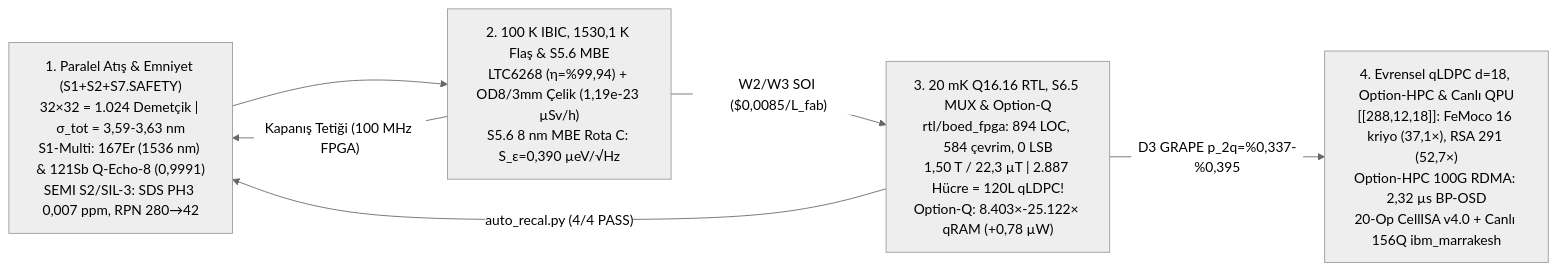
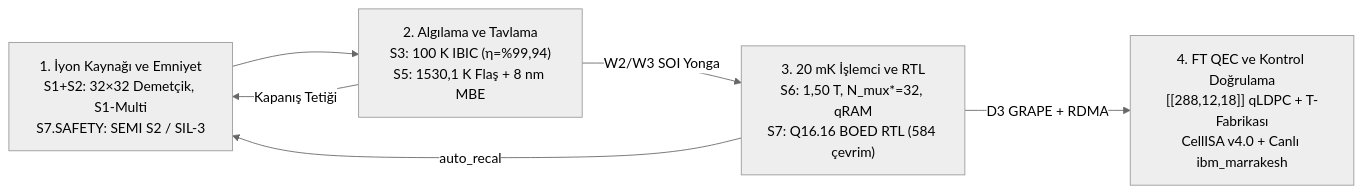
Before and after one commit to berkmec/Atom-Lithography: the diagram in README.md, drawn with Mermaid (neutral theme). The commit also changed other lines of this file, not shown here.

````diff
--- a/README.md
+++ b/README.md
@@ -49,8 +56,8 @@
 ```mermaid
 flowchart LR
-    A["1. Paralel Atış & Emniyet (S1+S2+S7.SAFETY)<br/>32×32 = 1.024 Demetçik | σ_tot = 3,59-3,63 nm<br/>S1-Multi: 167Er (1536 nm) & 121Sb Q-Echo-8 (0,9991)<br/>SEMI S2/SIL-3: SDS PH3 0,007 ppm, RPN 280→42"] --> B["2. 100 K IBIC, 1530,1 K Flaş & S5.6 MBE<br/>LTC6268 (η=%99,94) + OD8/3mm Çelik (1,19e-23 µSv/h)<br/>S5.6 8 nm MBE Rota C: S_ε=0,390 µeV/√Hz"]
-    B -->|"Kapanış Tetiği (100 MHz FPGA)"| A
-    B -->|"W2/W3 SOI ($0,0085/L_fab)"| C["3. 20 mK Q16.16 RTL, S6.5 MUX & Option-Q<br/>rtl/boed_fpga: 894 LOC, 584 çevrim, 0 LSB<br/>1,50 T / 22,3 µT | 2.887 Hücre = 120L qLDPC!<br/>Option-Q: 8.403×-25.122× qRAM (+0,78 µW)"]
-    C -->|"D3 GRAPE p_2q=%0,337-%0,395"| D["4. Evrensel qLDPC d=18, Option-HPC & Canlı QPU<br/>[[288,12,18]]: FeMoco 16 kriyo (37,1×), RSA 291 (52,7×)<br/>Option-HPC 100G RDMA: 2,32 µs BP-OSD<br/>20-Op CellISA v4.0 + Canlı 156Q ibm_marrakesh"]
-    C -->|"auto_recal.py (4/4 PASS)"| A
+    A["1. İyon Kaynağı ve Emniyet<br/>S1+S2: 32×32 Demetçik, S1-Multi<br/>S7.SAFETY: SEMI S2 / SIL-3"] --> B["2. Algılama ve Tavlama<br/>S3: 100 K IBIC (η=%99,94)<br/>S5: 1530,1 K Flaş + 8 nm MBE"]
+    B -->|"Kapanış Tetiği"| A
+    B -->|"W2/W3 SOI Yonga"| C["3. 20 mK İşlemci ve RTL<br/>S6: 1,50 T, N_mux*=32, qRAM<br/>S7: Q16.16 BOED RTL (584 çevrim)"]
+    C -->|"D3 GRAPE + RDMA"| D["4. FT QEC ve Kontrol Doğrulama<br/>[[288,12,18]] qLDPC + T-Fabrikası<br/>CellISA v4.0 + Canlı ibm_marrakesh"]
+    C -->|"auto_recal"| A
 ```
````
